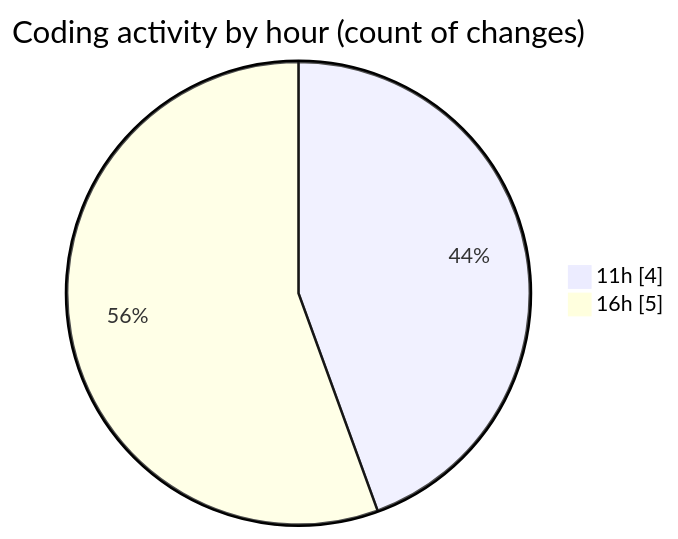
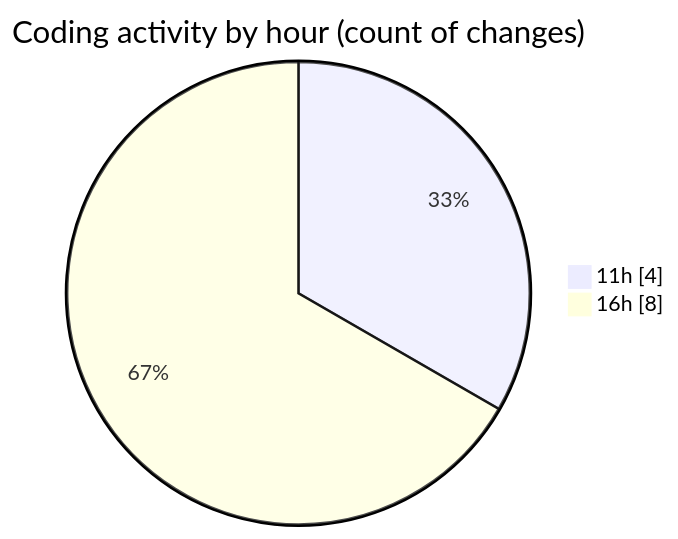
Before and after one commit to nxtqubesakshisongat/code-tracking: the second of 2 diagrams in 2025-05-17/javacript/README.md, drawn with Mermaid. The commit also changed other lines of this file and 1 other file, not shown here.

````diff
--- a/2025-05-17/javacript/README.md
+++ b/2025-05-17/javacript/README.md
@@ -30,6 +30,6 @@
 ```mermaid
 pie showData
 title Coding activity by hour (count of changes)
 "11h" : 4
-"16h" : 5
+"16h" : 8
 ```
````
